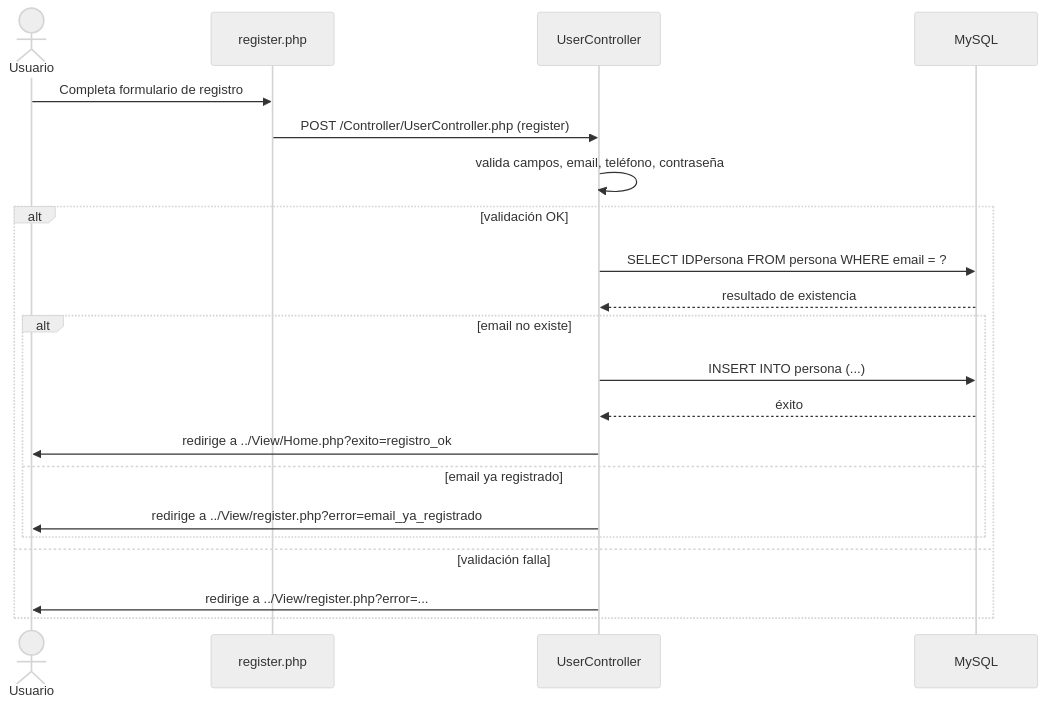
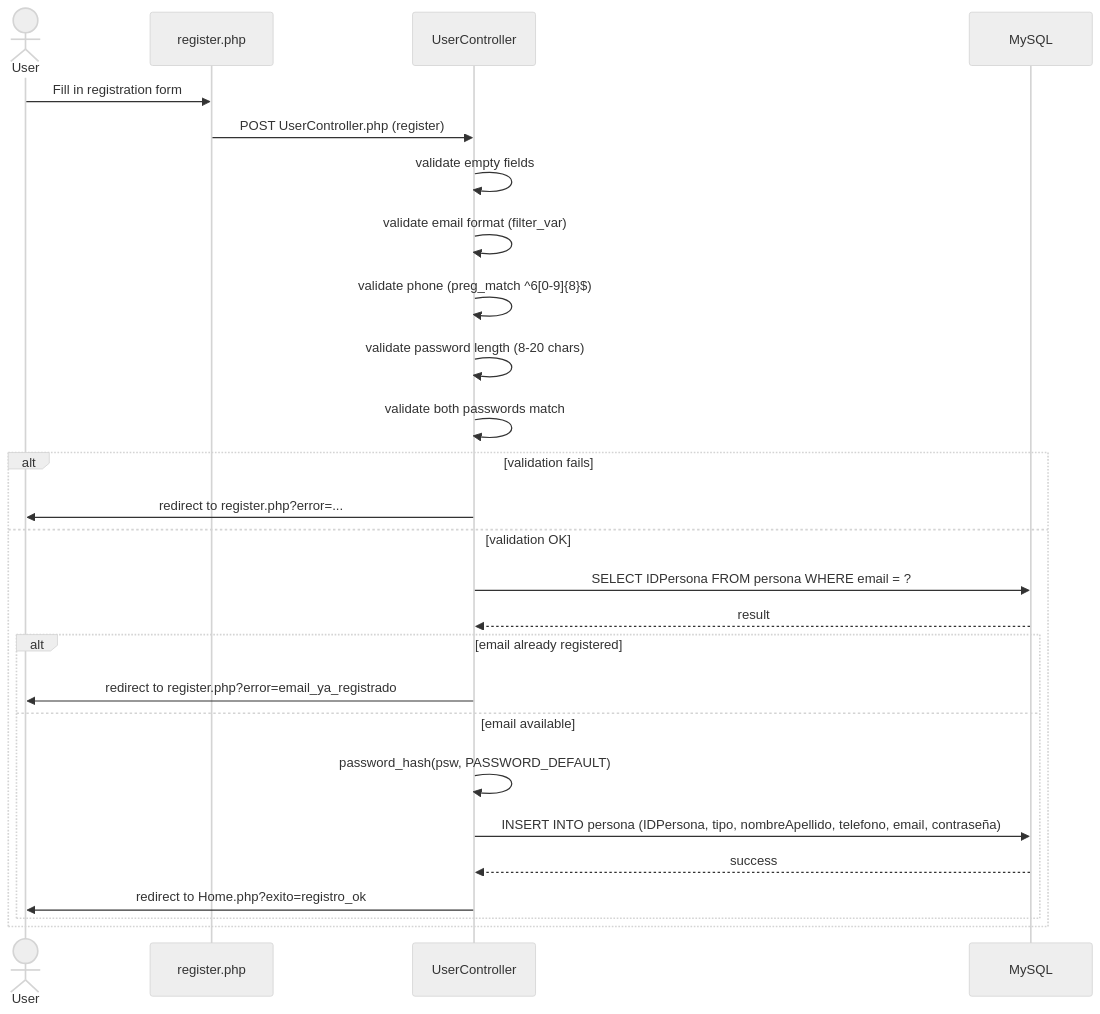
One commit to IsabelVSousa/M0615_StandApp changed the third of 4 diagrams in README.md. Above: the diagram before and after it, drawn with Mermaid (neutral theme). The commit also changed other lines of this file, not shown here.

````diff
--- a/README.md
+++ b/README.md
@@ -77,24 +189,32 @@
 ```mermaid
 sequenceDiagram
-    actor Usuario
+    actor User
     participant RegisterPage as register.php
     participant Controller as UserController
     participant Database as MySQL
 
-    Usuario->>RegisterPage: Completa formulario de registro
-    RegisterPage->>Controller: POST /Controller/UserController.php (register)
-    Controller->>Controller: valida campos, email, teléfono, contraseña
-    alt validación OK
+    User->>RegisterPage: Fill in registration form
+    RegisterPage->>Controller: POST UserController.php (register)
+
+    Controller->>Controller: validate empty fields
+    Controller->>Controller: validate email format (filter_var)
+    Controller->>Controller: validate phone (preg_match ^6[0-9]{8}$)
+    Controller->>Controller: validate password length (8-20 chars)
+    Controller->>Controller: validate both passwords match
+
+    alt validation fails
+        Controller->>User: redirect to register.php?error=...
+    else validation OK
         Controller->>Database: SELECT IDPersona FROM persona WHERE email = ?
-        Database-->>Controller: resultado de existencia
-        alt email no existe
-            Controller->>Database: INSERT INTO persona (...)
-            Database-->>Controller: éxito
-            Controller->>Usuario: redirige a ../View/Home.php?exito=registro_ok
-        else email ya registrado
-            Controller->>Usuario: redirige a ../View/register.php?error=email_ya_registrado
+        Database-->>Controller: result
+
+        alt email already registered
+            Controller->>User: redirect to register.php?error=email_ya_registrado
+        else email available
+            Controller->>Controller: password_hash(psw, PASSWORD_DEFAULT)
+            Controller->>Database: INSERT INTO persona (IDPersona, tipo, nombreApellido, telefono, email, contraseña)
+            Database-->>Controller: success
+            Controller->>User: redirect to Home.php?exito=registro_ok
         end
-    else validación falla
-        Controller->>Usuario: redirige a ../View/register.php?error=...
     end
 ```
````
